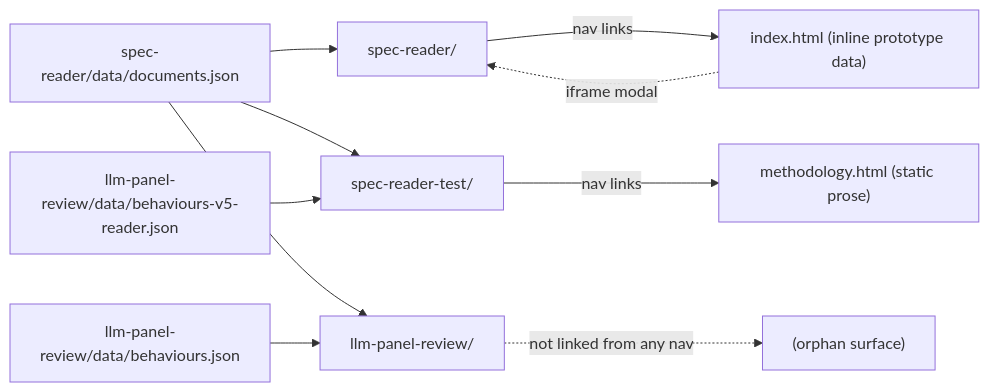
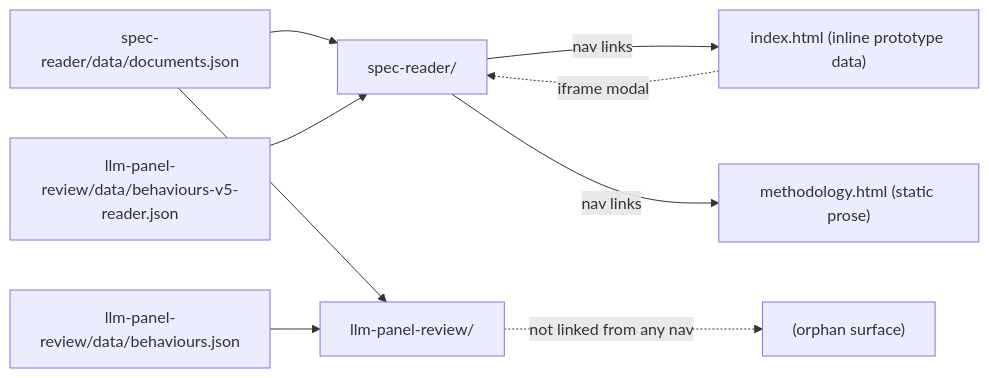
One commit to AndresCotton/ai-character-index changed the diagram in site/OVERVIEW.md. Above: the diagram before and after it, drawn with Mermaid. The commit also changed other lines of this file and 30 other files, not shown here.

````diff
--- a/site/OVERVIEW.md
+++ b/site/OVERVIEW.md
@@ -29,13 +28,12 @@
 ```mermaid
 graph LR
   docpayload["spec-reader/data/documents.json"] --> reader["spec-reader/"]
-  docpayload --> bench["spec-reader-test/"]
-  benchdata["llm-panel-review/data/behaviours-v5-reader.json"] --> bench
+  benchdata["llm-panel-review/data/behaviours-v5-reader.json"] --> reader
   docpayload --> panel["llm-panel-review/"]
   paneldata["llm-panel-review/data/behaviours.json"] --> panel
   index["index.html (inline prototype data)"] -.->|iframe modal| reader
   methodology["methodology.html (static prose)"]
   reader -->|nav links| index
-  bench -->|nav links| methodology
+  reader -->|nav links| methodology
   panel -.->|not linked from any nav| nowhere["(orphan surface)"]
 ```
````
